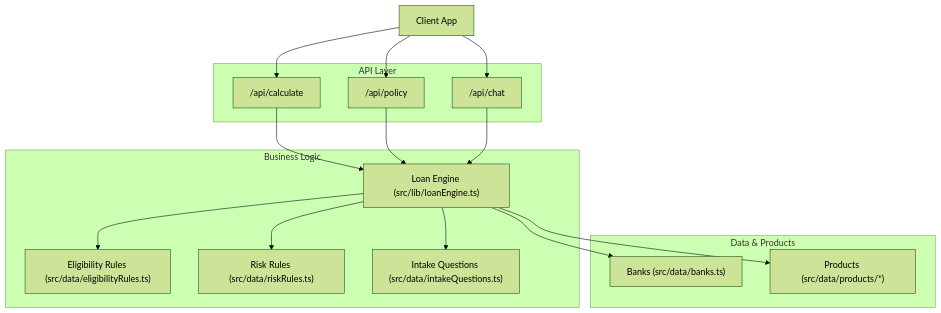
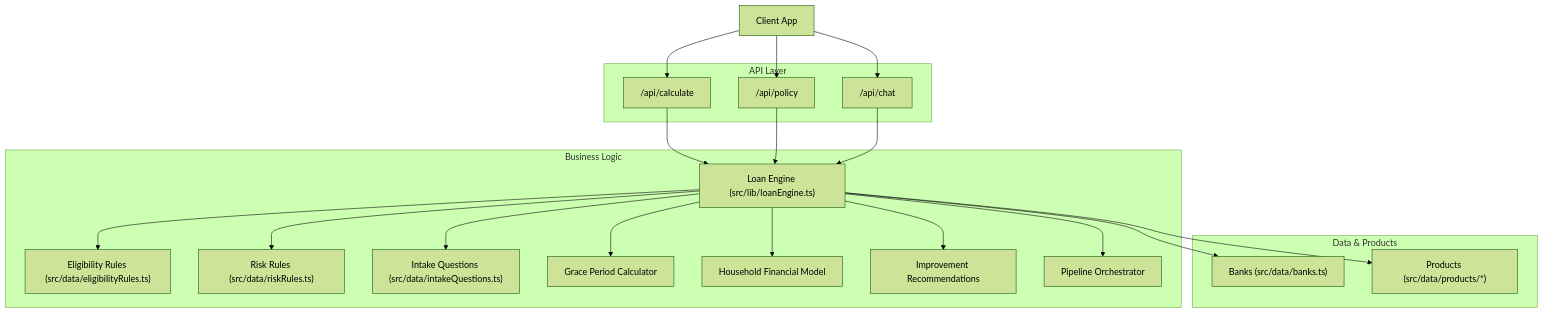
Before and after one commit to alibaba-hackathon-fsi/frontend-vaya: the first of 13 diagrams in .qoder/repowiki/en/content/Loan Engine/Loan Engine.md, drawn with Mermaid (forest theme). The commit also changed other lines of this file and 77 other files, not shown here.

````diff
--- a/.qoder/repowiki/en/content/Loan Engine/Loan Engine.md
+++ b/.qoder/repowiki/en/content/Loan Engine/Loan Engine.md
@@ -34,29 +47,37 @@
 ```mermaid
 graph TB
 Client["Client App"] --> CalcAPI["/api/calculate"]
 Client --> PolicyAPI["/api/policy"]
 Client --> ChatAPI["/api/chat"]
 subgraph "API Layer"
 CalcAPI
 PolicyAPI
 ChatAPI
 end
 subgraph "Business Logic"
 Engine["Loan Engine (src/lib/loanEngine.ts)"]
 Eligibility["Eligibility Rules (src/data/eligibilityRules.ts)"]
 Risk["Risk Rules (src/data/riskRules.ts)"]
 Intake["Intake Questions (src/data/intakeQuestions.ts)"]
+GracePeriod["Grace Period Calculator"]
+HouseholdModel["Household Financial Model"]
+Recommendations["Improvement Recommendations"]
+Pipeline["Pipeline Orchestrator"]
 end
 subgraph "Data & Products"
 Banks["Banks (src/data/banks.ts)"]
 Products["Products (src/data/products/*)"]
 end
 CalcAPI --> Engine
 PolicyAPI --> Engine
 ChatAPI --> Engine
 Engine --> Eligibility
 Engine --> Risk
 Engine --> Intake
 Engine --> Banks
 Engine --> Products
+Engine --> GracePeriod
+Engine --> HouseholdModel
+Engine --> Recommendations
+Engine --> Pipeline
 ```
````
